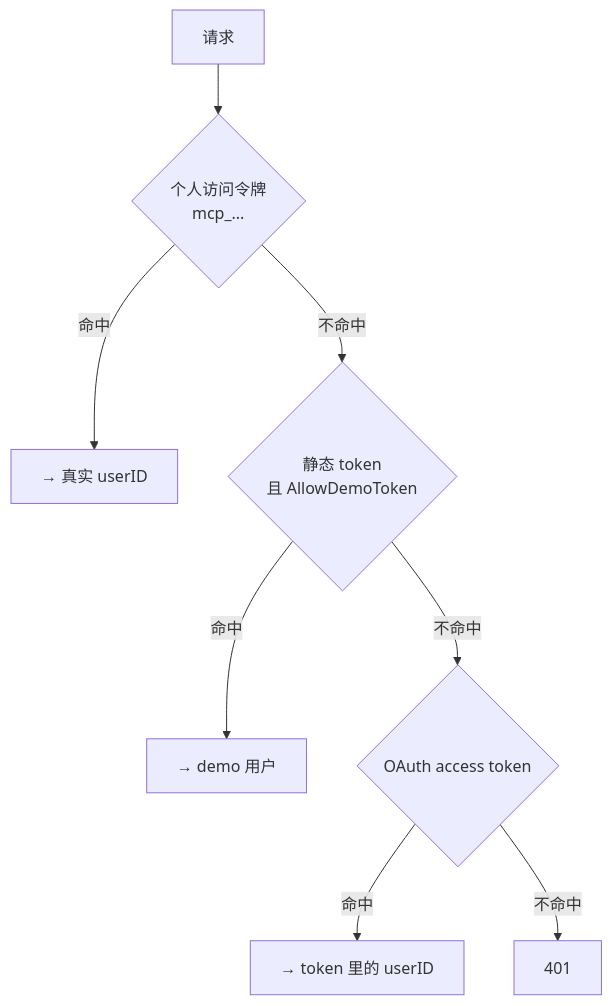
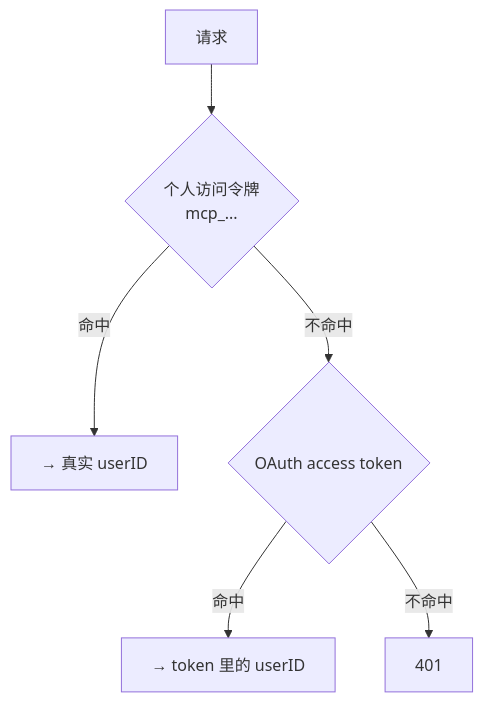
One commit to syuancheng/memory-app changed the first of 2 diagrams in docs/mcp.md. Above: the diagram before and after it, drawn with Mermaid. The commit also changed other lines of this file and 22 other files, not shown here.

````diff
--- a/docs/mcp.md
+++ b/docs/mcp.md
@@ -87,10 +87,8 @@
 ```mermaid
 flowchart TD
     R["请求"] --> P{"个人访问令牌<br/>mcp_..."}
     P -->|命中| RU["→ 真实 userID"]
-    P -->|不命中| S{"静态 token<br/>且 AllowDemoToken"}
-    S -->|命中| DU["→ demo 用户"]
-    S -->|不命中| O{"OAuth access token"}
+    P -->|不命中| O{"OAuth access token"}
     O -->|命中| OU["→ token 里的 userID"]
     O -->|不命中| E["401"]
 ```
````
